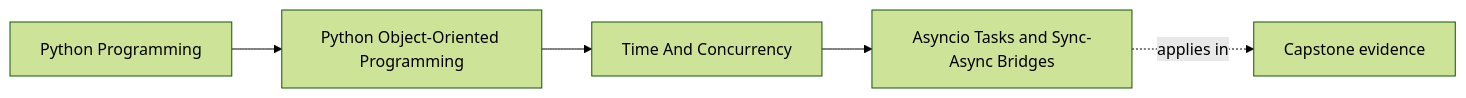
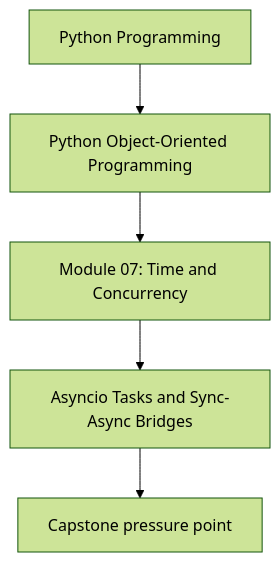
The first of 2 diagrams in programs/python-programming/python-object-oriented-programming/course-book/module-07-time-and-concurrency/asyncio-tasks-and-sync-async-bridges.md (bijux/bijux-masterclass), drawn with Mermaid (forest theme) before and after one commit. The commit also changed other lines of this file and 107 other files, not shown here.

Commit message:
docs(python-object-oriented-programming): align concept page diagrams

````diff
--- a/programs/python-programming/python-object-oriented-programming/course-book/module-07-time-and-concurrency/asyncio-tasks-and-sync-async-bridges.md
+++ b/programs/python-programming/python-object-oriented-programming/course-book/module-07-time-and-concurrency/asyncio-tasks-and-sync-async-bridges.md
@@ -7,11 +7,7 @@
 ```mermaid
-graph LR
-  family["Python Programming"]
-  program["Python Object-Oriented Programming"]
-  section["Time And Concurrency"]
-  page["Asyncio Tasks and Sync-Async Bridges"]
-  capstone["Capstone evidence"]
-
-  family --> program --> section --> page
-  page -.applies in.-> capstone
+flowchart TD
+  family["Python Programming"] --> program["Python Object-Oriented Programming"]
+  program --> module["Module 07: Time and Concurrency"]
+  module --> concept["Asyncio Tasks and Sync-Async Bridges"]
+  concept --> capstone["Capstone pressure point"]
 ```
````
